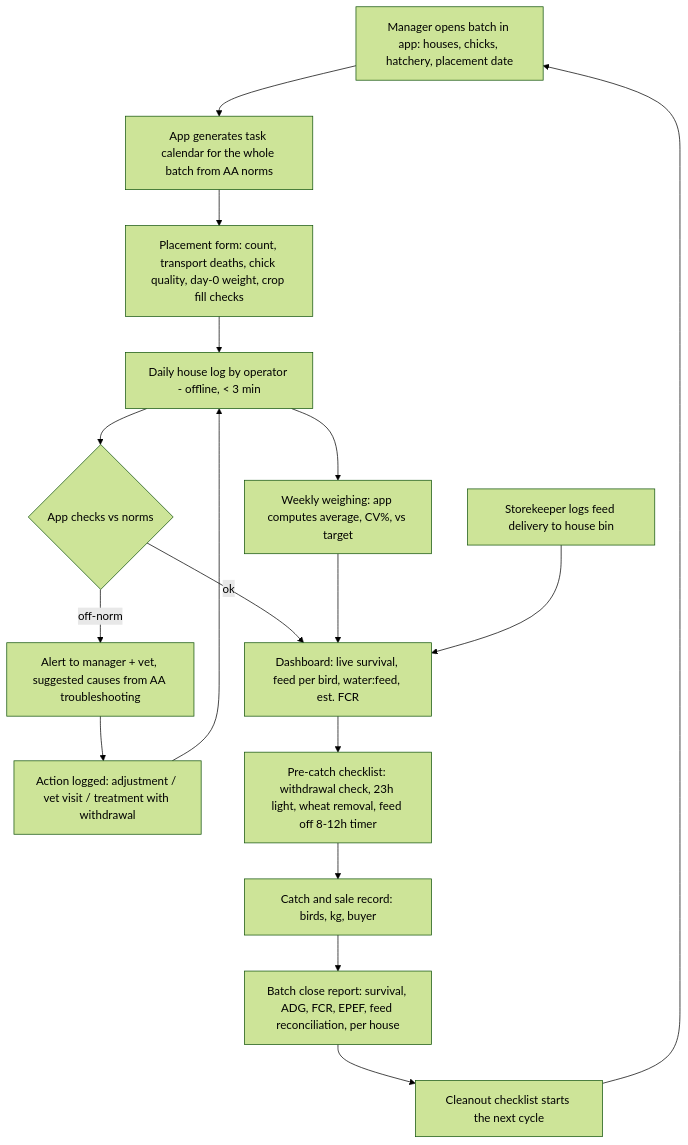
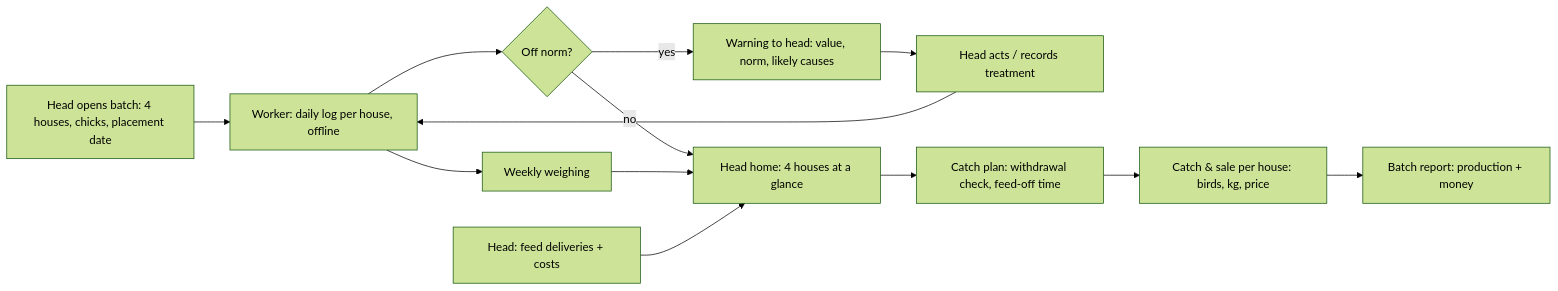
The second of 4 diagrams in BLUEPRINT.md (Nursul7an/poultry-farm), drawn with Mermaid (forest theme) before and after one commit. The commit also changed other lines of this file and 18 other files, not shown here.

````diff
--- a/BLUEPRINT.md
+++ b/BLUEPRINT.md
@@ -171,19 +147,14 @@
 ```mermaid
-flowchart TB
-  A["Manager opens batch in app: houses, chicks, hatchery, placement date"] --> B["App generates task calendar for the whole batch from AA norms"]
-  B --> C["Placement form: count, transport deaths, chick quality, day-0 weight, crop fill checks"]
-  C --> D["Daily house log by operator - offline, < 3 min"]
-  D --> E{"App checks vs norms"}
-  E -- off-norm --> F["Alert to manager + vet, suggested causes from AA troubleshooting"]
-  F --> G["Action logged: adjustment / vet visit / treatment with withdrawal"]
-  G --> D
-  E -- ok --> H["Dashboard: live survival, feed per bird, water:feed, est. FCR"]
-  D --> W["Weekly weighing: app computes average, CV%, vs target"]
-  W --> H
-  S["Storekeeper logs feed delivery to house bin"] --> H
-  H --> P["Pre-catch checklist: withdrawal check, 23h light, wheat removal, feed off 8-12h timer"]
-  P --> Q["Catch and sale record: birds, kg, buyer"]
-  Q --> R["Batch close report: survival, ADG, FCR, EPEF, feed reconciliation, per house"]
-  R --> X["Cleanout checklist starts the next cycle"]
-  X --> A
+flowchart LR
+  A["Head opens batch: 4 houses, chicks, placement date"] --> B["Worker: daily log per house, offline"]
+  B --> C{"Off norm?"}
+  C -- yes --> D["Warning to head: value, norm, likely causes"]
+  D --> E["Head acts / records treatment"]
+  E --> B
+  C -- no --> F["Head home: 4 houses at a glance"]
+  B --> G["Weekly weighing"] --> F
+  H["Head: feed deliveries + costs"] --> F
+  F --> I["Catch plan: withdrawal check, feed-off time"]
+  I --> J["Catch & sale per house: birds, kg, price"]
+  J --> K["Batch report: production + money"]
 ```
````
